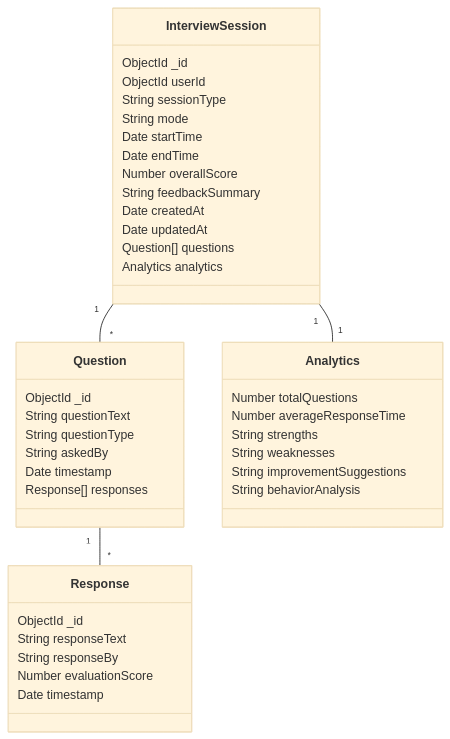
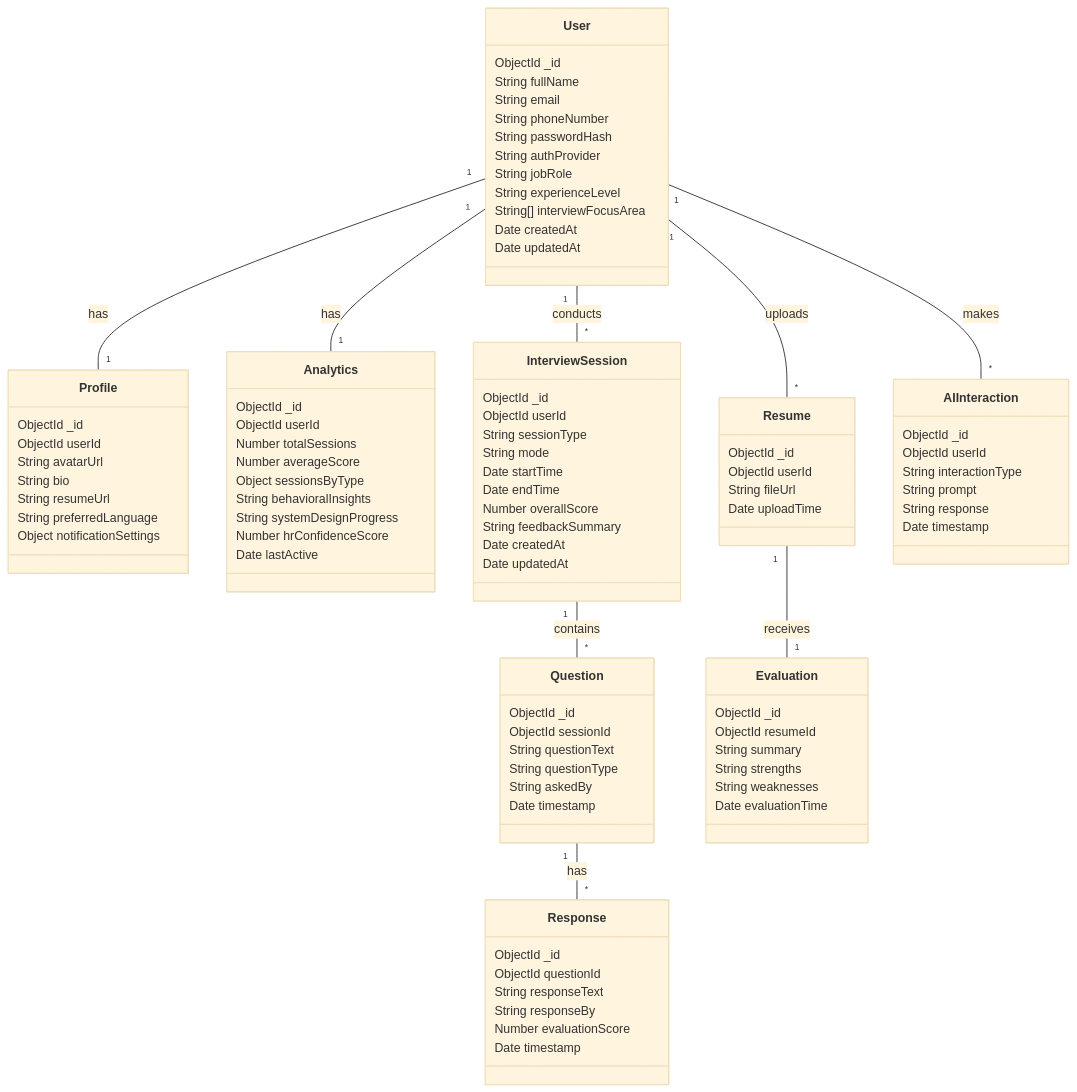
Before and after one commit to sameer6699/NeuroVue-React-Native-App: the diagram in README.md, drawn with Mermaid (base theme). The commit also changed other lines of this file, not shown here.

Commit message:
Added Database Diagram in the CodeBase

````diff
--- a/README.md
+++ b/README.md
@@ -176,5 +134,41 @@
 ```mermaid
 classDiagram
+    class User {
+        ObjectId _id
+        String fullName
+        String email
+        String phoneNumber
+        String passwordHash
+        String authProvider
+        String jobRole
+        String experienceLevel
+        String[] interviewFocusArea
+        Date createdAt
+        Date updatedAt
+    }
+
+    class Profile {
+        ObjectId _id
+        ObjectId userId
+        String avatarUrl
+        String bio
+        String resumeUrl
+        String preferredLanguage
+        Object notificationSettings
+    }
+
+    class Analytics {
+        ObjectId _id
+        ObjectId userId
+        Number totalSessions
+        Number averageScore
+        Object sessionsByType
+        String behavioralInsights
+        String systemDesignProgress
+        Number hrConfidenceScore
+        Date lastActive
+    }
+
     class InterviewSession {
         ObjectId _id
         ObjectId userId
@@ -186,37 +180,57 @@
         String feedbackSummary
         Date createdAt
         Date updatedAt
-        Question[] questions
-        Analytics analytics
     }
 
     class Question {
         ObjectId _id
+        ObjectId sessionId
         String questionText
         String questionType
         String askedBy
         Date timestamp
-        Response[] responses
     }
 
     class Response {
         ObjectId _id
+        ObjectId questionId
         String responseText
         String responseBy
         Number evaluationScore
         Date timestamp
     }
 
-    class Analytics {
-        Number totalQuestions
-        Number averageResponseTime
+    class Resume {
+        ObjectId _id
+        ObjectId userId
+        String fileUrl
+        Date uploadTime
+    }
+
+    class Evaluation {
+        ObjectId _id
+        ObjectId resumeId
+        String summary
         String strengths
         String weaknesses
-        String improvementSuggestions
-        String behaviorAnalysis
+        Date evaluationTime
     }
 
-    InterviewSession "1" -- "*" Question
-    Question "1" -- "*" Response
-    InterviewSession "1" -- "1" Analytics
+    class AIInteraction {
+        ObjectId _id
+        ObjectId userId
+        String interactionType
+        String prompt
+        String response
+        Date timestamp
+    }
+
+    User "1" -- "1" Profile : has
+    User "1" -- "1" Analytics : has
+    User "1" -- "*" InterviewSession : conducts
+    User "1" -- "*" Resume : uploads
+    User "1" -- "*" AIInteraction : makes
+    InterviewSession "1" -- "*" Question : contains
+    Question "1" -- "*" Response : has
+    Resume "1" -- "1" Evaluation : receives
 ```
````
